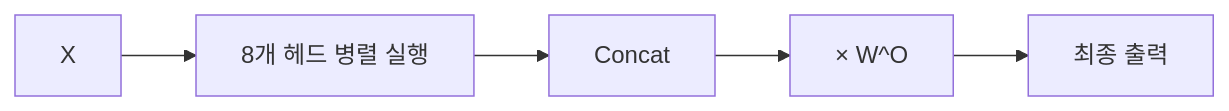
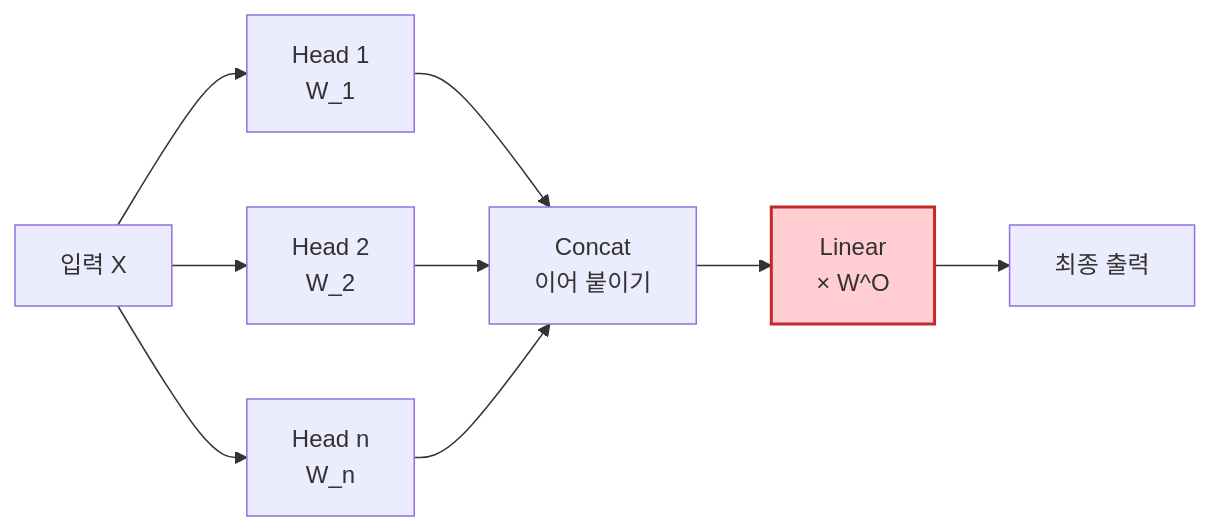
One commit to Ricepunchb/Idsh-obsidian-garden changed the fourth of 4 diagrams in content/study/Attention.md. Above: the diagram before and after it, drawn with Mermaid. The commit also changed other lines of this file and 14 other files, not shown here.

````diff
--- a/content/study/Attention.md
+++ b/content/study/Attention.md
@@ -80,8 +96,12 @@
 ```mermaid
 %%{init: {'theme':'default'}}%%
 graph LR
-    X[X] --> Heads[8개 헤드 병렬 실행]
-    Heads --> Concat[Concat]
-    Concat --> WO[× W^O]
-    WO --> Output[최종 출력]
+    X[입력 X] --> H1[Head 1<br/>W_1]
+    X --> H2[Head 2<br/>W_2]
+    X --> Hn[Head n<br/>W_n]
+    H1 & H2 & Hn --> Concat[Concat<br/>이어 붙이기]
+    Concat --> WO[Linear<br/>× W^O]
+    WO --> Out[최종 출력]
+    
+    style WO fill:#FFCDD2,stroke:#C62828,stroke-width:2px
 ```
````
